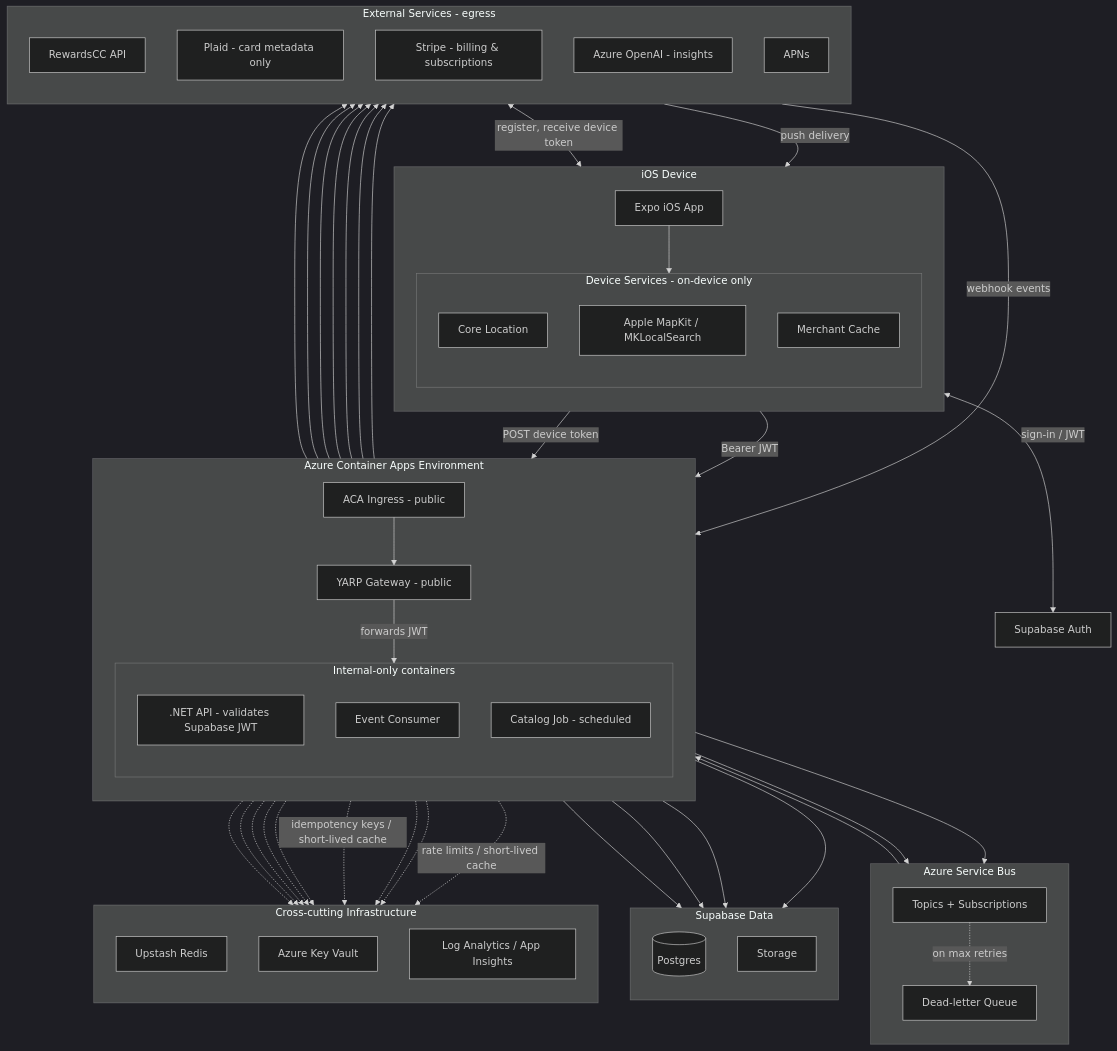
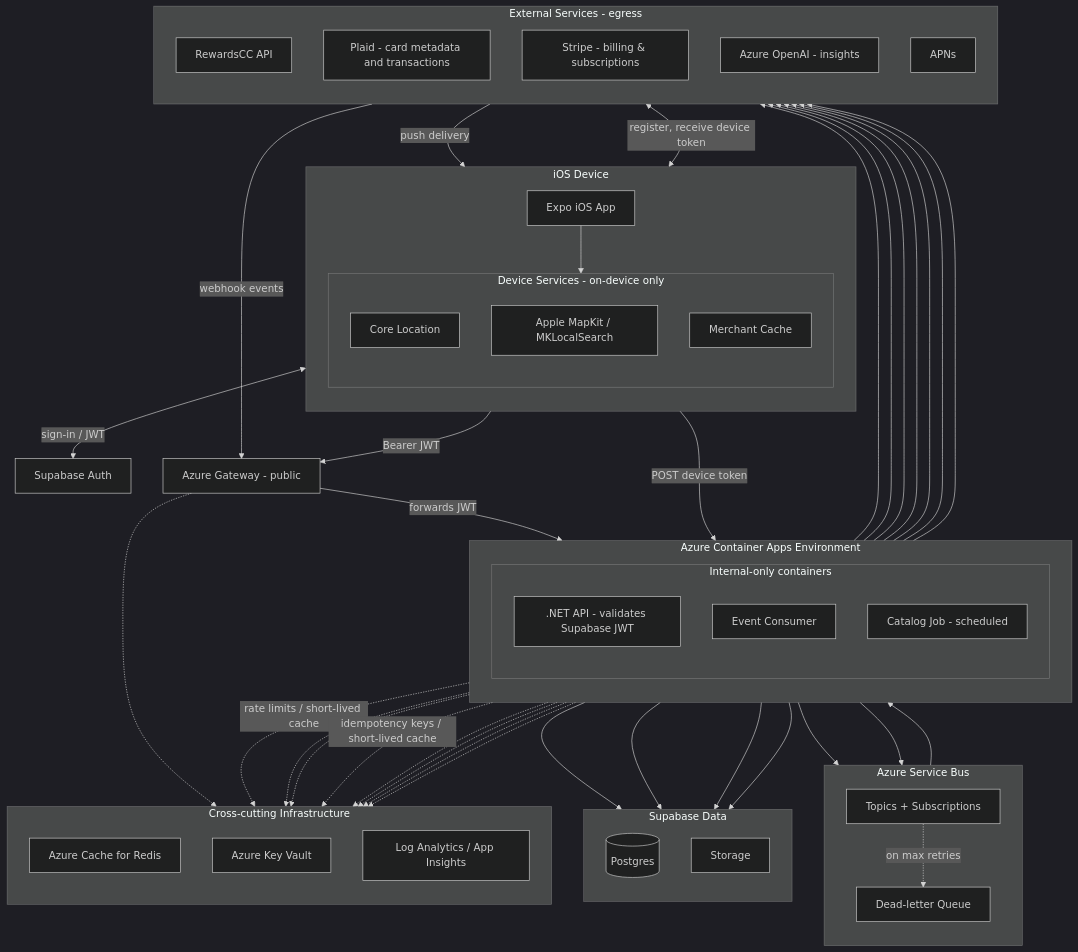
One commit to dev-Truespend/true-spend-spark changed the first of 2 diagrams in _docs/high-level-design/mvp-architecture.md. Above: the diagram before and after it, drawn with Mermaid (dark theme). The commit also changed other lines of this file and 29 other files, not shown here.

````diff
--- a/_docs/high-level-design/mvp-architecture.md
+++ b/_docs/high-level-design/mvp-architecture.md
@@ -21,19 +21,18 @@
 
   Auth[Supabase Auth]
 
+  %% ===== Edge tier =====
+  AzureGateway[Azure Gateway - public]
+
   %% ===== Compute tier =====
   subgraph ACA[Azure Container Apps Environment]
     direction TB
-    Ingress[ACA Ingress - public]
-    YARP[YARP Gateway - public]
     subgraph Internal[Internal-only containers]
       direction TB
       API[.NET API - validates Supabase JWT]
       Consumer[Event Consumer]
       CatalogJob[Catalog Job - scheduled]
     end
-    Ingress --> YARP
-    YARP -->|forwards JWT| API
   end
 
   %% ===== Messaging tier =====
@@ -54,7 +53,7 @@
   subgraph Ext[External Services - egress]
     direction TB
     RewardsCC[RewardsCC API]
-    Plaid[Plaid - card metadata only]
+    Plaid[Plaid - card metadata and transactions]
     Stripe[Stripe - billing & subscriptions]
     AzureOpenAI[Azure OpenAI - insights]
     APNs[APNs]
@@ -63,7 +62,7 @@
   %% ===== Cross-cutting infrastructure =====
   subgraph Infra[Cross-cutting Infrastructure]
     direction TB
-    Redis[Upstash Redis]
+    Redis[Azure Cache for Redis]
     KeyVault[Azure Key Vault]
     Obs[Log Analytics / App Insights]
   end
@@ -72,7 +71,8 @@
   IOS <-->|sign-in / JWT| Auth
 
   %% ===== Primary request path =====
-  IOS -->|Bearer JWT| Ingress
+  IOS -->|Bearer JWT| AzureGateway
+  AzureGateway -->|forwards JWT| API
 
   %% ===== API outbound =====
   API --> DB
@@ -84,7 +84,7 @@
   API --> APNs
 
   %% ===== Stripe inbound webhooks =====
-  Stripe -->|webhook events| Ingress
+  Stripe -->|webhook events| AzureGateway
 
   %% ===== Async path =====
   Topic --> Consumer
@@ -112,5 +112,5 @@
   Consumer -.-> Obs
   CatalogJob -.-> KeyVault
   CatalogJob -.-> Obs
-  YARP -.-> Obs
+  AzureGateway -.-> Obs
 ```
````
